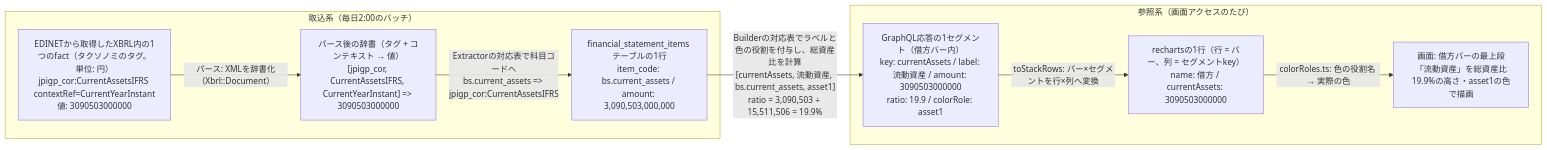
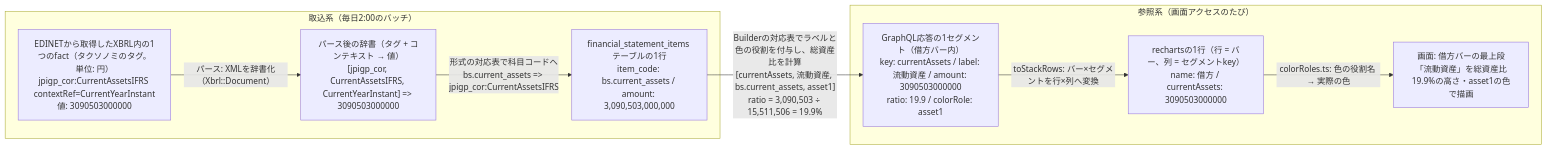
One commit to shin4488/financial-statement changed the first of 12 diagrams in docs/guide/03_data_flow.md. Above: the diagram before and after it, drawn with Mermaid. The commit also changed other lines of this file and 37 other files, not shown here.

````diff
--- a/docs/guide/03_data_flow.md
+++ b/docs/guide/03_data_flow.md
@@ -27,18 +27,18 @@
 ```mermaid
 flowchart LR
     subgraph Ingest["取込系（毎日2:00のバッチ）"]
         F["EDINETから取得したXBRL内の1つのfact（タクソノミのタグ。単位: 円）<br>jpigp_cor:CurrentAssetsIFRS contextRef=CurrentYearInstant<br>値: 3090503000000"]
         D["パース後の辞書（タグ + コンテキスト → 値）<br>[jpigp_cor, CurrentAssetsIFRS, CurrentYearInstant] => 3090503000000"]
         R["financial_statement_items テーブルの1行<br>item_code: bs.current_assets / amount: 3,090,503,000,000"]
         F -->|"パース: XMLを辞書化（Xbrl::Document）"| D
-        D -->|"Extractorの対応表で科目コードへ<br>bs.current_assets => jpigp_cor:CurrentAssetsIFRS"| R
+        D -->|"形式の対応表で科目コードへ<br>bs.current_assets => jpigp_cor:CurrentAssetsIFRS"| R
     end
     subgraph Refer["参照系（画面アクセスのたび）"]
         S["GraphQL応答の1セグメント（借方バー内）<br>key: currentAssets / label: 流動資産 / amount: 3090503000000<br>ratio: 19.9 / colorRole: asset1"]
         C["rechartsの1行（行 = バー、列 = セグメントkey）<br>name: 借方 / currentAssets: 3090503000000"]
         V["画面: 借方バーの最上段<br>「流動資産」を総資産比19.9%の高さ・asset1の色で描画"]
         S -->|"toStackRows: バー×セグメントを行×列へ変換"| C
         C -->|"colorRoles.ts: 色の役割名 → 実際の色"| V
     end
     R -->|"Builderの対応表でラベルと色の役割を付与し、総資産比を計算<br>[currentAssets, 流動資産, bs.current_assets, asset1]<br>ratio = 3,090,503 ÷ 15,511,506 = 19.9%"| S
 ```
````
